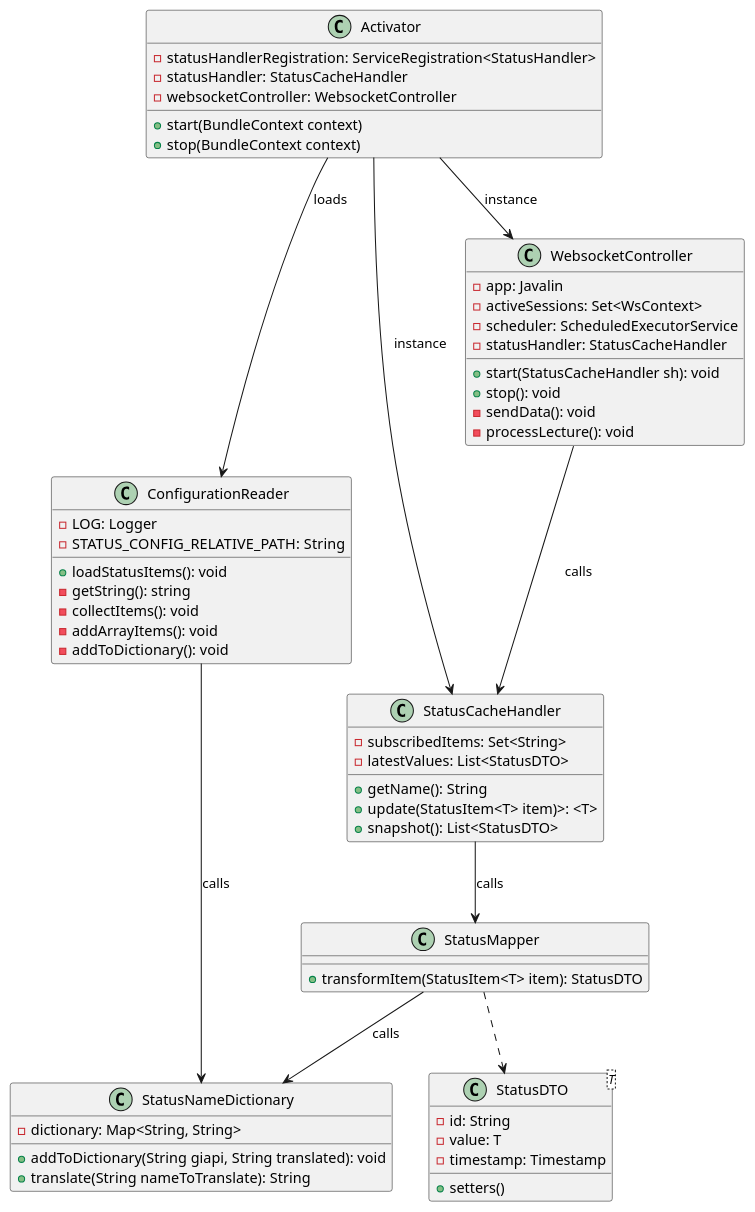
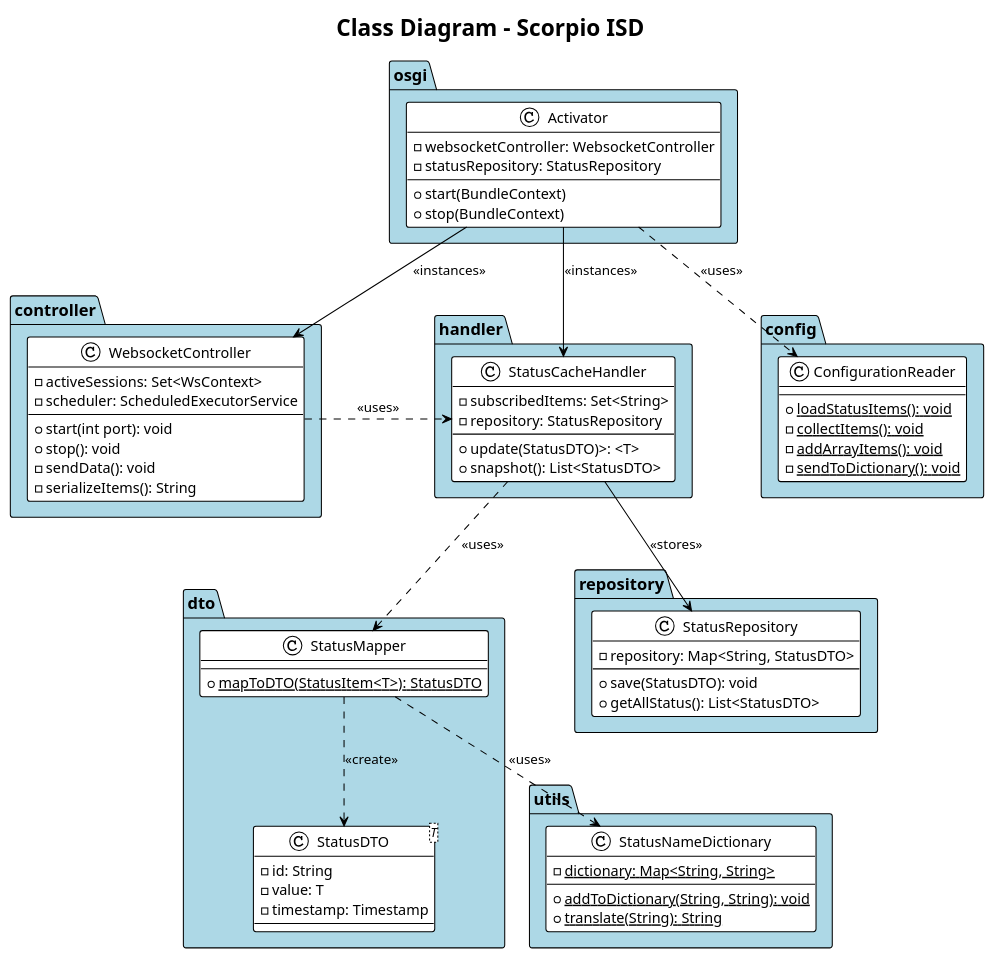
Before and after one commit to gemini-hlsw/gmp: the diagram in edu.gemini.isd/src/main/docs/classDiagram.plantuml, drawn with PlantUML. The commit also changed 11 other files, not shown here.

Commit message:
Refactor classes and finish documentation of scorpio isd

```diff
--- a/edu.gemini.isd/src/main/docs/classDiagram.plantuml
+++ b/edu.gemini.isd/src/main/docs/classDiagram.plantuml
@@ -1,69 +1,93 @@
 @startuml
 
-Activator-->ConfigurationReader: loads
-Activator-->StatusCacheHandler:instance
-WebsocketController-->StatusCacheHandler:calls
-Activator-->WebsocketController:instance
-StatusCacheHandler-->StatusMapper:calls
-StatusMapper..>StatusDTO
-StatusMapper-->StatusNameDictionary:calls
-ConfigurationReader-->StatusNameDictionary:calls
+title Class Diagram - Scorpio ISD
+!theme plain
 
+skinparam packageBackgroundColor lightblue
+skinparam packageFontSize 16
+skinparam packageLineThickness 2
+skinparam packagepadding 100
 
-class Activator{
--statusHandlerRegistration: ServiceRegistration<StatusHandler>
--statusHandler: StatusCacheHandler
--websocketController: WebsocketController
-+start(BundleContext context)
-+stop(BundleContext context)
+skinparam nodesep 100
+package utils {
+    class StatusNameDictionary{
+    - {static} dictionary: Map<String, String>
+    + {static} addToDictionary(String, String): void
+    + {static} translate(String): String
+    }
 }
 
-class WebsocketController{
--app: Javalin
--activeSessions: Set<WsContext>
--scheduler: ScheduledExecutorService
--statusHandler: StatusCacheHandler
-
-+start(StatusCacheHandler sh): void
-+stop(): void
--sendData(): void
--processLecture(): void
+package config {
+    class ConfigurationReader {
+    + {static} loadStatusItems(): void
+    - {static} collectItems(): void
+    - {static} addArrayItems(): void
+    - {static} sendToDictionary(): void
+    }
 }
 
-class StatusCacheHandler{
--subscribedItems: Set<String>
--latestValues: List<StatusDTO>
-
-+getName(): String
-+update(StatusItem<T> item)>: <T>
-+snapshot(): List<StatusDTO>
+package controller {
+    class WebsocketController {
+    -activeSessions: Set<WsContext>
+    -scheduler: ScheduledExecutorService
+    +start(int port): void
+    +stop(): void
+    -sendData(): void
+    -serializeItems(): String
+    }
 }
 
-class StatusMapper{
-+transformItem(StatusItem<T> item): StatusDTO
+package dto{
+    class StatusMapper{
+    + {static} mapToDTO(StatusItem<T>): StatusDTO
+    }
+
+    class StatusDTO<T>{
+    -id: String
+    -value: T
+    -timestamp: Timestamp
+    }
 }
 
-class ConfigurationReader{
--LOG: Logger
--STATUS_CONFIG_RELATIVE_PATH: String
-+loadStatusItems(): void
--getString(): string
--collectItems(): void
--addArrayItems(): void
--addToDictionary(): void
+package handler {
+    class StatusCacheHandler{
+    -subscribedItems: Set<String>
+    -repository: StatusRepository
+
+    +update(StatusDTO)>: <T>
+    +snapshot(): List<StatusDTO>
+    }
+
 }
 
-class StatusDTO<T>{
--id: String
--value: T
--timestamp: Timestamp
-+setters()
+package repository {
+    class StatusRepository{
+    -repository: Map<String, StatusDTO>
+
+    +save(StatusDTO): void
+    +getAllStatus(): List<StatusDTO>
+    }
+
 }
 
-class StatusNameDictionary{
--dictionary: Map<String, String>
-+addToDictionary(String giapi, String translated): void
-+translate(String nameToTranslate): String
+package osgi {
+    class Activator{
+    -websocketController: WebsocketController
+    -statusRepository: StatusRepository
+    +start(BundleContext)
+    +stop(BundleContext)
+    }
 }
+Activator..>ConfigurationReader: <<uses>>
+Activator-->WebsocketController: <<instances>>
+Activator-->StatusCacheHandler: <<instances>>
+
+WebsocketController.>StatusCacheHandler : <<uses>>
+StatusCacheHandler-->StatusRepository: <<stores>>
+StatusCacheHandler..>StatusMapper: <<uses>>
+
+StatusMapper..>StatusDTO: <<create>>
+StatusMapper..>StatusNameDictionary: <<uses>>
+ConfigurationReader -[hidden]left- StatusCacheHandler
 
 @enduml
```
